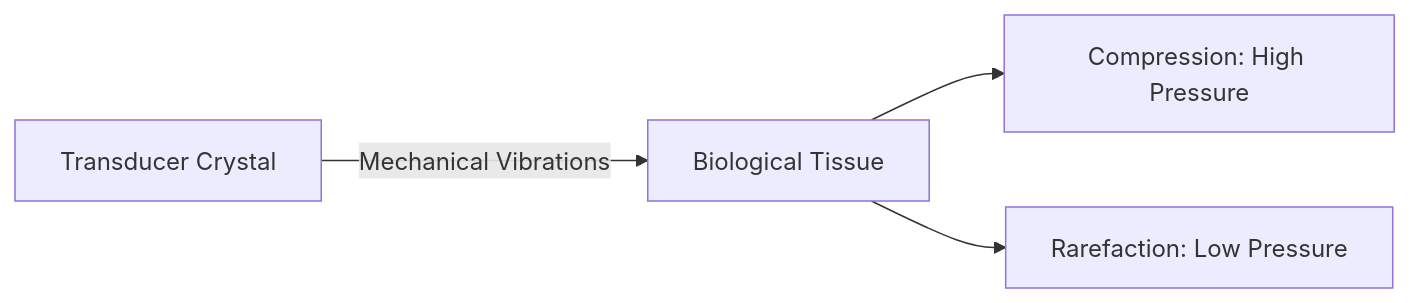
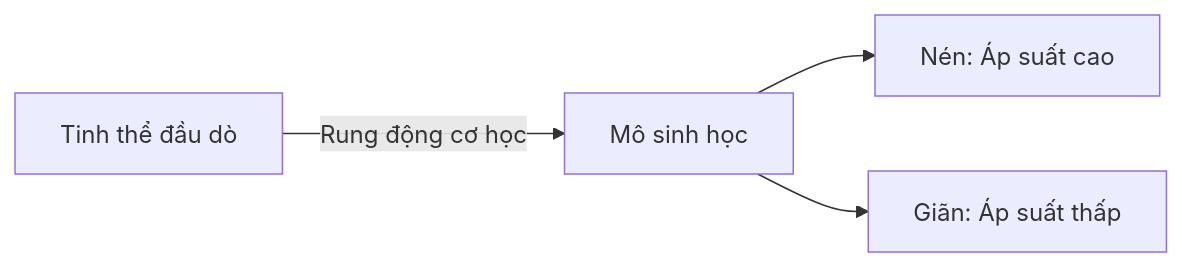
Before and after one commit to MedPocket/ultraso: the first of 2 diagrams in docs/01-basics/physics.mdx, drawn with Mermaid. The commit also changed other lines of this file and 6 other files, not shown here.

````diff
--- a/docs/01-basics/physics.mdx
+++ b/docs/01-basics/physics.mdx
@@ -21,6 +21,6 @@
 ```mermaid
 flowchart LR
-  Transducer[Transducer Crystal] -- Mechanical Vibrations --> Medium[Biological Tissue]
-  Medium --> Compression[Compression: High Pressure]
-  Medium --> Rarefaction[Rarefaction: Low Pressure]
+  Transducer[Tinh thể đầu dò] -- Rung động cơ học --> Medium[Mô sinh học]
+  Medium --> Compression[Nén: Áp suất cao]
+  Medium --> Rarefaction[Giãn: Áp suất thấp]
 ```
````
